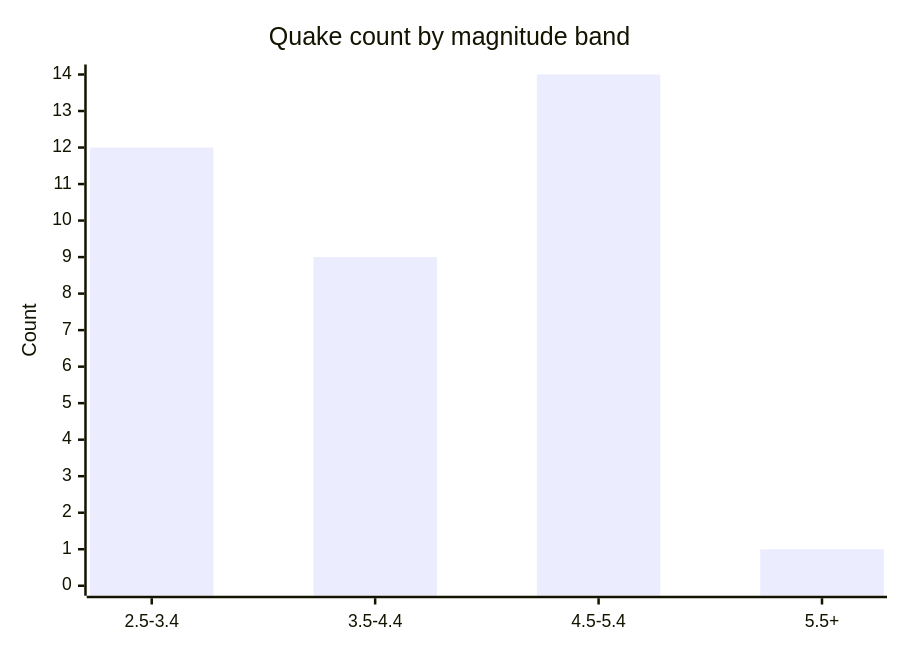
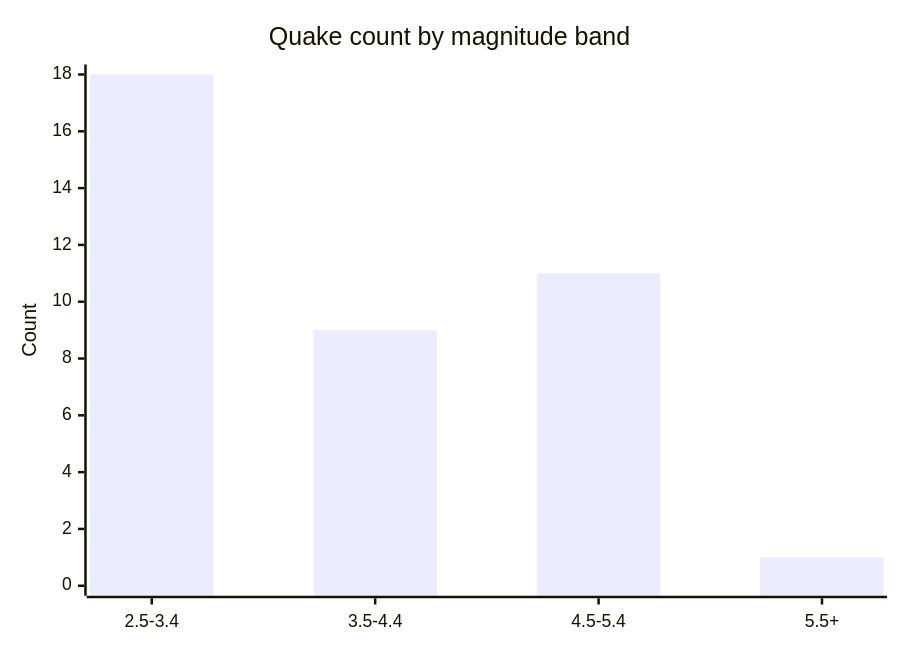
The fifth of 6 diagrams in docs/GRAPHS.md (Midwest-Stratospheric/aerostratospheric-defense-gir), drawn with Mermaid before and after one commit. The commit also changed other lines of this file and 23 other files, not shown here.

````diff
--- a/docs/GRAPHS.md
+++ b/docs/GRAPHS.md
@@ -82,7 +82,7 @@
 ```mermaid
 xychart-beta
   title "Quake count by magnitude band"
   x-axis ["2.5-3.4", "3.5-4.4", "4.5-5.4", "5.5+"]
-  y-axis "Count" 0 --> 14
-  bar [12, 9, 14, 1]
+  y-axis "Count" 0 --> 18
+  bar [18, 9, 11, 1]
 ```
````
